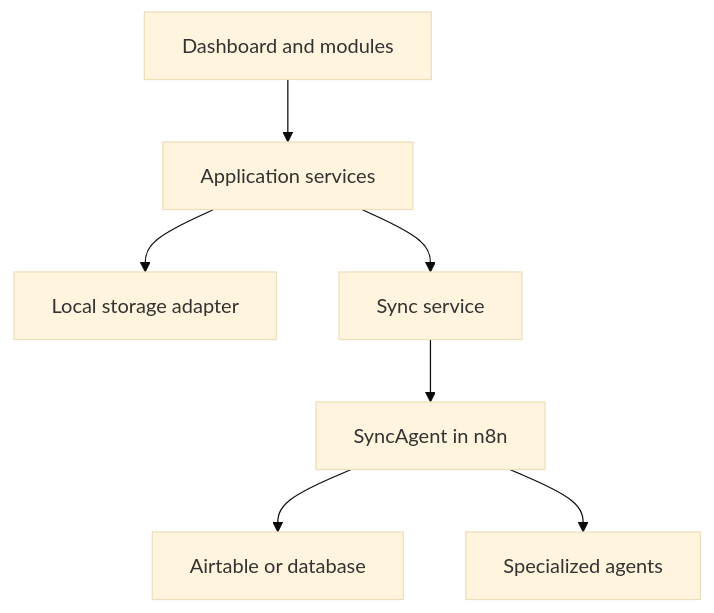
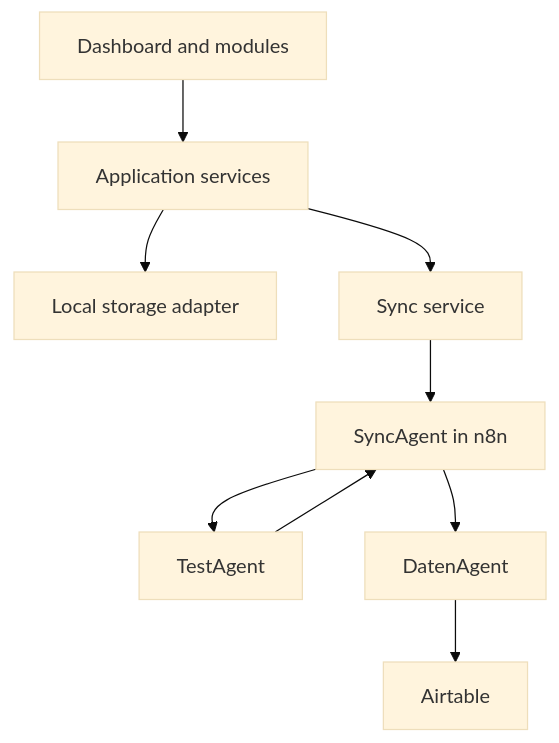
Before and after one commit to Varudan/goldendawn-os: the diagram in README.md, drawn with Mermaid (base theme). The commit also changed other lines of this file and 1 other file, not shown here.

Commit message:
docs: add initial system architecture (#3)

````diff
--- a/README.md
+++ b/README.md
@@ -33,9 +33,11 @@
 ```mermaid
 flowchart TD
     UI["Dashboard and modules"] --> Services["Application services"]
     Services --> Local["Local storage adapter"]
     Services --> Sync["Sync service"]
     Sync --> Agent["SyncAgent in n8n"]
-    Agent --> Data["Airtable or database"]
-    Agent --> Specialists["Specialized agents"]
+    Agent --> Test["TestAgent"]
+    Agent --> Data["DatenAgent"]
+    Test --> Agent
+    Data --> Airtable["Airtable"]
 ```
````
